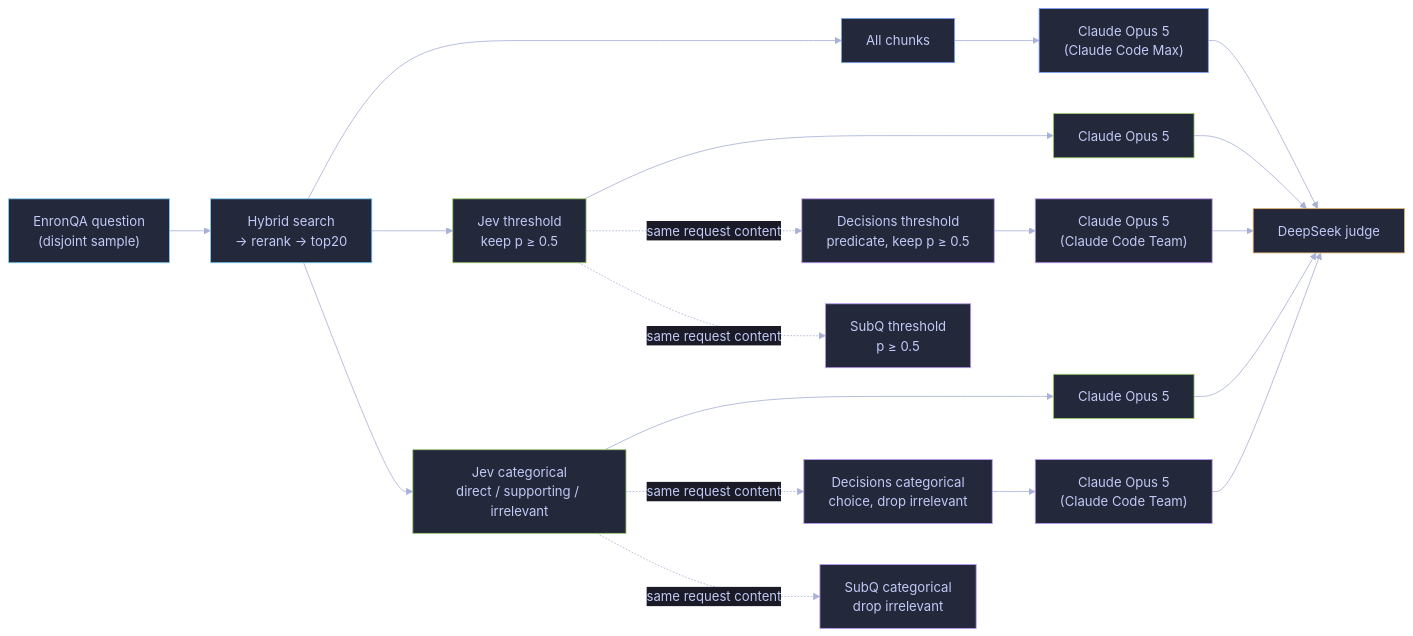
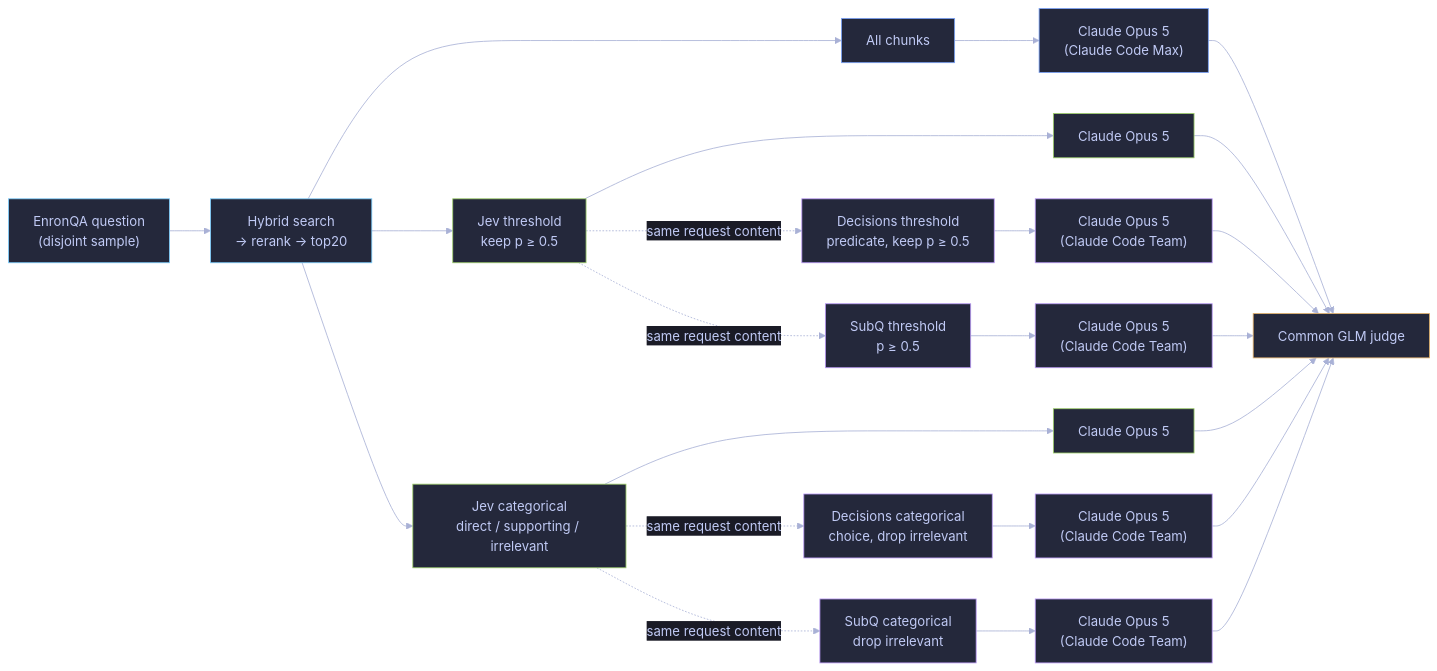
Before and after one commit to dorkitude/decision-model-testing: the first of 2 diagrams in experiments/jev-search-result-narrower-claude-RAG/README.md, drawn with Mermaid. The commit also changed other lines of this file and 23 other files, not shown here.

Commit message:
publish common-judge RAG results and concise summaries

````diff
--- a/experiments/jev-search-result-narrower-claude-RAG/README.md
+++ b/experiments/jev-search-result-narrower-claude-RAG/README.md
@@ -21,27 +19,29 @@
 ```mermaid
 %%{init: {"theme": "base", "themeVariables": {"background": "#1a1b26", "primaryColor": "#24283b", "primaryTextColor": "#c0caf5", "textColor": "#c0caf5", "primaryBorderColor": "#7aa2f7", "lineColor": "#a9b1d6", "edgeLabelBackground": "#1a1b26"}}}%%
 flowchart LR
     Q["EnronQA question<br/>(disjoint sample)"] --> S["Hybrid search<br/>→ rerank → top20"]
     S --> B["All chunks"] --> CB["Claude Opus 5<br/>(Claude Code Max)"]
     S --> T["Jev threshold<br/>keep p ≥ 0.5"] --> CT["Claude Opus 5"]
     S --> C["Jev categorical<br/>direct / supporting / irrelevant"] --> CC["Claude Opus 5"]
     T -. "same request content" .-> DT["Decisions threshold<br/>predicate, keep p ≥ 0.5"] --> CDT["Claude Opus 5<br/>(Claude Code Team)"]
     C -. "same request content" .-> DC["Decisions categorical<br/>choice, drop irrelevant"] --> CDC["Claude Opus 5<br/>(Claude Code Team)"]
-    T -. "same request content" .-> ST["SubQ threshold<br/>p ≥ 0.5"]
-    C -. "same request content" .-> SC["SubQ categorical<br/>drop irrelevant"]
-    CB --> G["DeepSeek judge"]
+    T -. "same request content" .-> ST["SubQ threshold<br/>p ≥ 0.5"] --> CST["Claude Opus 5<br/>(Claude Code Team)"]
+    C -. "same request content" .-> SC["SubQ categorical<br/>drop irrelevant"] --> CSC["Claude Opus 5<br/>(Claude Code Team)"]
+    CB --> G["Common GLM judge"]
     CT --> G
     CC --> G
     CDT --> G
     CDC --> G
+    CST --> G
+    CSC --> G
     classDef shared fill:#24283b,stroke:#7dcfff,color:#c0caf5;
     classDef baseline fill:#24283b,stroke:#7aa2f7,color:#c0caf5;
     classDef jev fill:#24283b,stroke:#9ece6a,color:#c0caf5;
     classDef decisions fill:#24283b,stroke:#bb9af7,color:#c0caf5;
     classDef score fill:#24283b,stroke:#e0af68,color:#c0caf5;
     class Q,S shared;
     class B,CB baseline;
     class T,CT,C,CC jev;
-    class DT,CDT,DC,CDC,ST,SC decisions;
+    class DT,CDT,DC,CDC,ST,SC,CST,CSC decisions;
     class G score;
 ```
````
